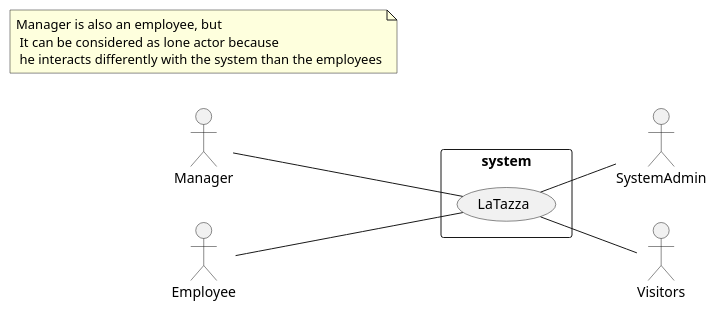
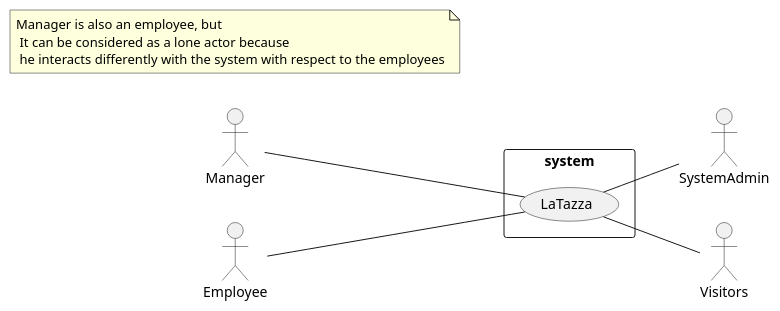
One commit to salvatore-dimartino/LaTazza changed the diagram in project/Context_Diagram_and_Interfaces.md. Above: the diagram before and after it, drawn with PlantUML.

````diff
--- a/project/Context_Diagram_and_Interfaces.md
+++ b/project/Context_Diagram_and_Interfaces.md
@@ -5,25 +5,25 @@
 ```plantuml
 @startuml
 
 left to right direction
 
 skinparam packageStyle rectangle
 
 actor Manager as m
 actor Employee as e
 actor SystemAdmin as sa
 actor Visitors as v
 
 rectangle system {
 	(LaTazza) as l
 }
 
 m -- l
 e -- l
 l -- sa
 l -- v 
 
-note "Manager is also an employee, but \n It can be considered as lone actor because\n he interacts differently with the system than the employees" as n
+note "Manager is also an employee, but \n It can be considered as a lone actor because\n he interacts differently with the system with respect to the employees" as n
 
 @enduml
 ```
````
